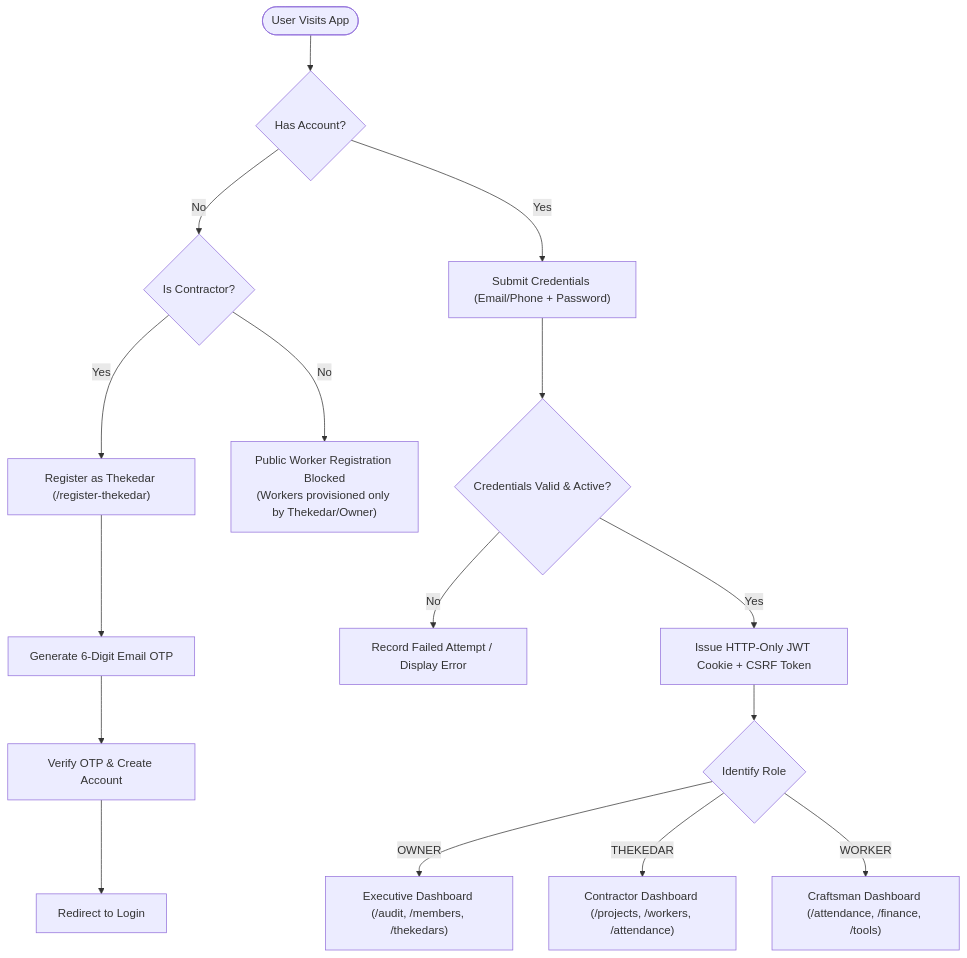
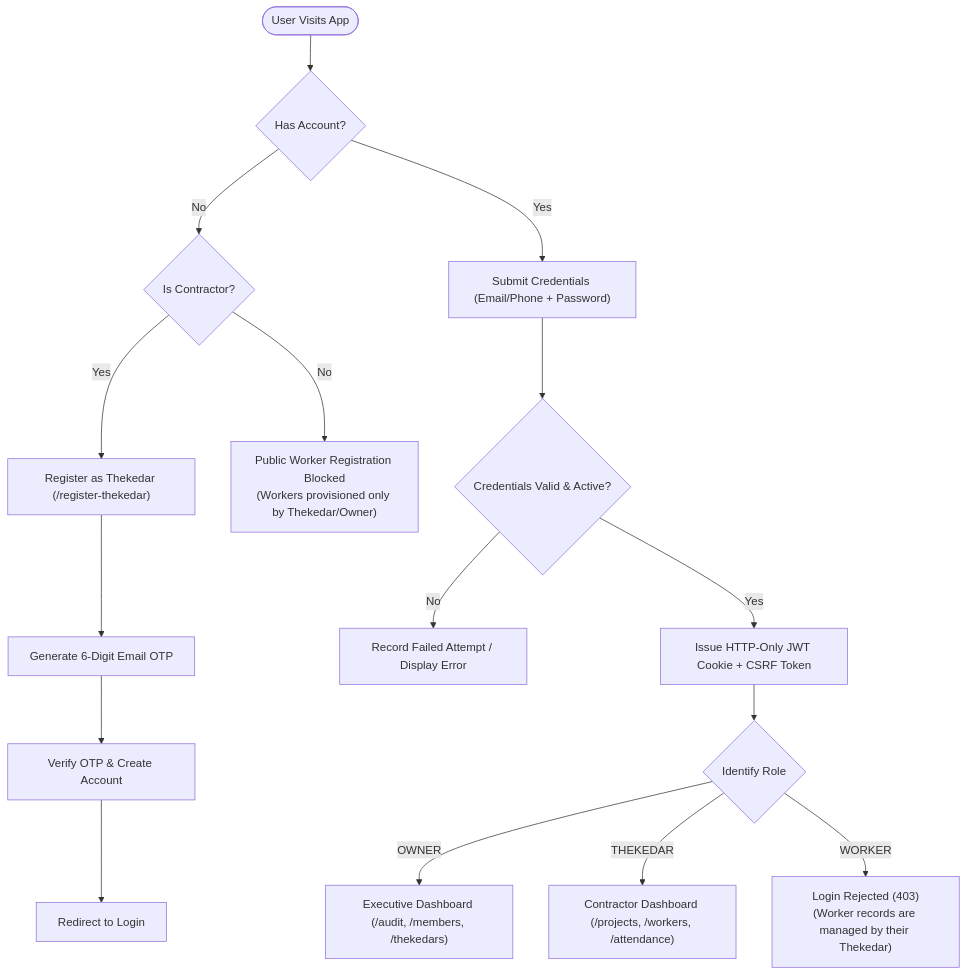
Before and after one commit to ranjit-sharma/FurniCraft: the second of 4 diagrams in README.md, drawn with Mermaid. The commit also changed other lines of this file and 88 other files, not shown here.

Commit message:
feat(mobile-first): enhance mobile bottom navigation, bottom sheets, robust error handling, PWA manifest, and streamline workforce ERP architecture

````diff
--- a/README.md
+++ b/README.md
@@ -93,21 +91,21 @@
 ```mermaid
 flowchart TD
     Start([User Visits App]) --> Decision{Has Account?}
     
     Decision -- No --> RegCheck{Is Contractor?}
     RegCheck -- Yes --> RegForm["Register as Thekedar (/register-thekedar)"]
     RegForm --> OtpGen["Generate 6-Digit Email OTP"]
     OtpGen --> VerifyOtp["Verify OTP & Create Account"]
     VerifyOtp --> LoginPrompt["Redirect to Login"]
     RegCheck -- No --> DenyWorkerReg["Public Worker Registration Blocked<br/>(Workers provisioned only by Thekedar/Owner)"]
     
     Decision -- Yes --> LoginForm["Submit Credentials (Email/Phone + Password)"]
     LoginForm --> AuthCheck{Credentials Valid & Active?}
     AuthCheck -- No --> Lockout["Record Failed Attempt / Display Error"]
     AuthCheck -- Yes --> IssueToken["Issue HTTP-Only JWT Cookie + CSRF Token"]
     
     IssueToken --> RoleSwitch{Identify Role}
     RoleSwitch -- OWNER --> OwnerDash["Executive Dashboard (/audit, /members, /thekedars)"]
     RoleSwitch -- THEKEDAR --> ThekedarDash["Contractor Dashboard (/projects, /workers, /attendance)"]
-    RoleSwitch -- WORKER --> WorkerDash["Craftsman Dashboard (/attendance, /finance, /tools)"]
+    RoleSwitch -- WORKER --> WorkerBlock["Login Rejected (403)<br/>(Worker records are managed by their Thekedar)"]
 ```
````
